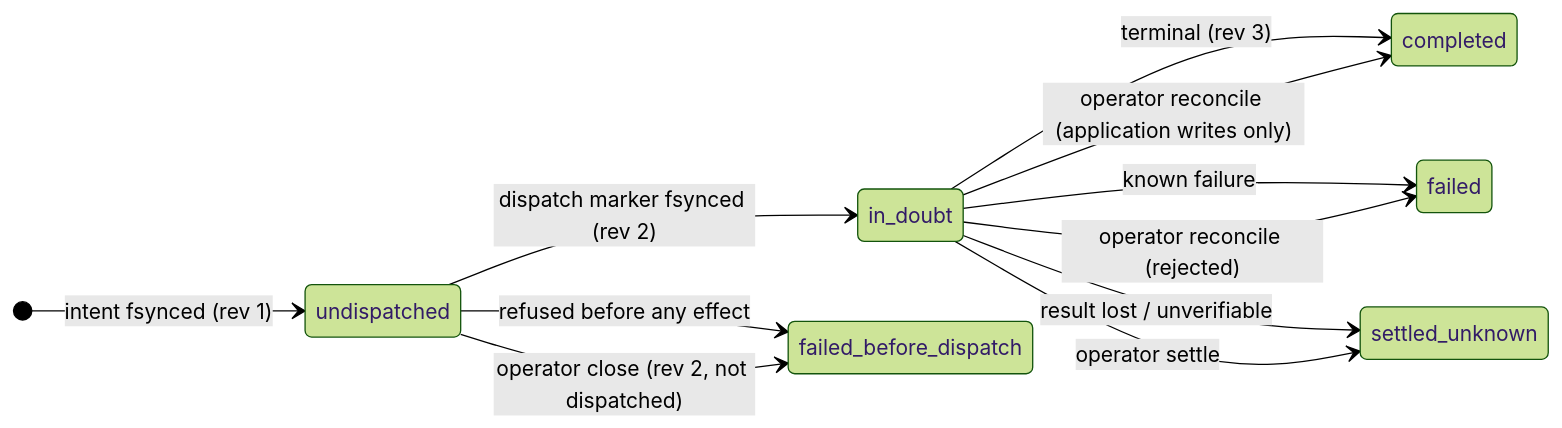
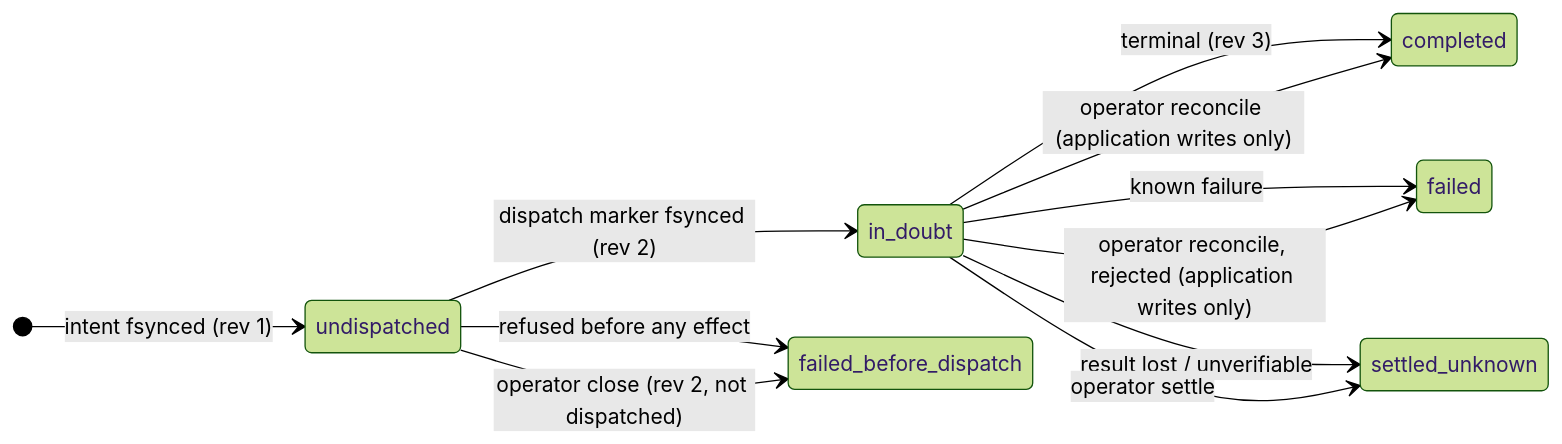
The diagram in docs/operations.md (anvai-labs/agentbrowser), drawn with Mermaid (forest theme) before and after one commit. The commit also changed 2 other files, not shown here.

Commit message:
docs(release): record review — README baseline lines, explicit PR list, tap CI history, diagram qualifier

````diff
--- a/docs/operations.md
+++ b/docs/operations.md
@@ -125,14 +125,14 @@
 ```mermaid
 stateDiagram-v2
     direction LR
     [*] --> undispatched: intent fsynced (rev 1)
     undispatched --> in_doubt: dispatch marker fsynced (rev 2)
     undispatched --> failed_before_dispatch: refused before any effect
     in_doubt --> completed: terminal (rev 3)
     in_doubt --> failed: known failure
     in_doubt --> settled_unknown: result lost / unverifiable
     undispatched --> failed_before_dispatch: operator close (rev 2, not dispatched)
     in_doubt --> settled_unknown: operator settle
     in_doubt --> completed: operator reconcile (application writes only)
-    in_doubt --> failed: operator reconcile (rejected)
+    in_doubt --> failed: operator reconcile, rejected (application writes only)
 ```
````
